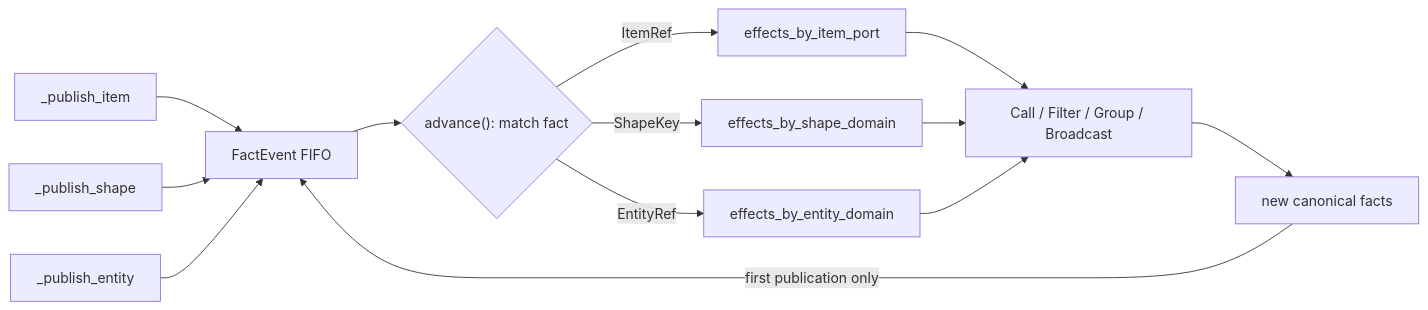
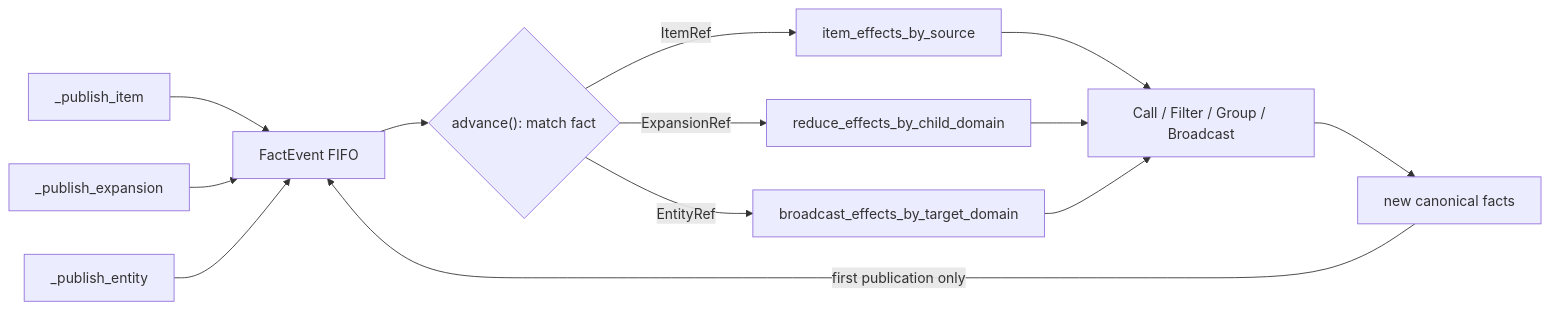
One commit to OpenDCAI/RayOrch changed the seventh of 16 diagrams in docs/multigrain_v3_6_tutorial.md. Above: the diagram before and after it, drawn with Mermaid. The commit also changed other lines of this file and 38 other files, not shown here.

Commit message:
feat(v3.6): unify architecture vocabulary and state ownership

````diff
--- a/docs/multigrain_v3_6_tutorial.md
+++ b/docs/multigrain_v3_6_tutorial.md
@@ -964,15 +983,15 @@
 ```mermaid
 flowchart LR
     Item["_publish_item"] --> Facts["FactEvent FIFO"]
-    Shape["_publish_shape"] --> Facts
+    Expansion["_publish_expansion"] --> Facts
     Entity["_publish_entity"] --> Facts
     Facts --> Advance{"advance(): match fact"}
-    Advance -->|"ItemRef"| ItemEffects["effects_by_item_port"]
-    Advance -->|"ShapeKey"| ShapeEffects["effects_by_shape_domain"]
-    Advance -->|"EntityRef"| EntityEffects["effects_by_entity_domain"]
+    Advance -->|"ItemRef"| ItemEffects["item_effects_by_source"]
+    Advance -->|"ExpansionRef"| ShapeEffects["reduce_effects_by_child_domain"]
+    Advance -->|"EntityRef"| EntityEffects["broadcast_effects_by_target_domain"]
     ItemEffects --> Transitions["Call / Filter / Group / Broadcast"]
     ShapeEffects --> Transitions
     EntityEffects --> Transitions
     Transitions --> NewFacts["new canonical facts"]
     NewFacts -->|"first publication only"| Facts
 ```
````
